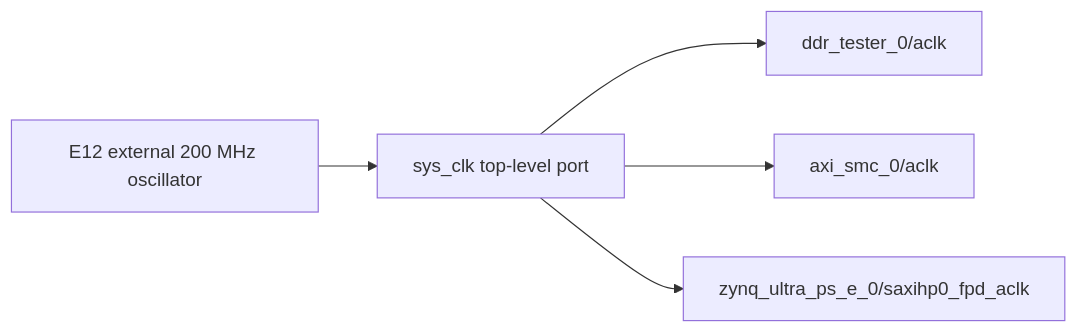
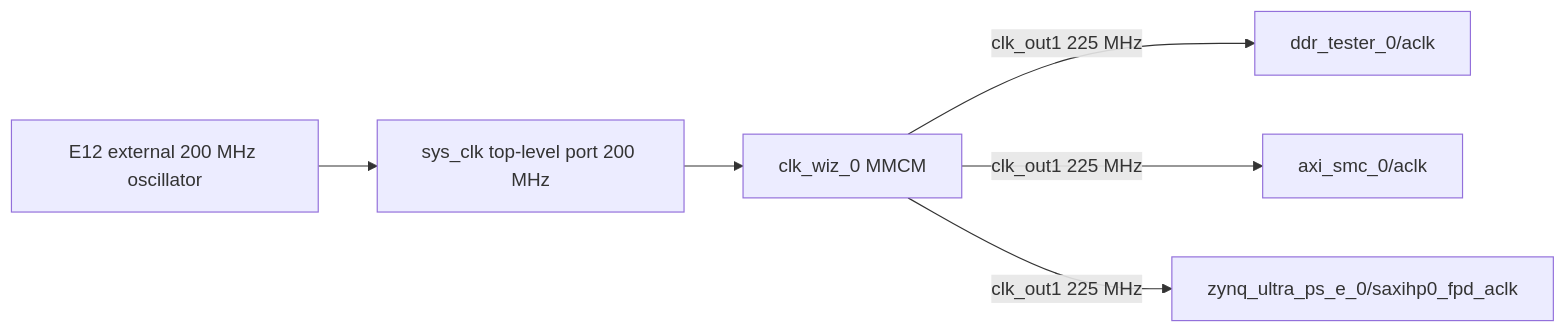
Before and after one commit to RESBI/ZU4EV-PL-to-PS-DDR-TEST: the third of 8 diagrams in README.md, drawn with Mermaid. The commit also changed other lines of this file and 7 other files, not shown here.

````diff
--- a/README.md
+++ b/README.md
@@ -464,7 +480,8 @@
 ```mermaid
 flowchart LR
-    Osc[E12 external 200 MHz oscillator] --> SysClk[sys_clk top-level port]
-    SysClk --> TesterClk[ddr_tester_0/aclk]
-    SysClk --> SmcClk[axi_smc_0/aclk]
-    SysClk --> HpClk[zynq_ultra_ps_e_0/saxihp0_fpd_aclk]
+    Osc[E12 external 200 MHz oscillator] --> SysClk[sys_clk top-level port 200 MHz]
+    SysClk --> Mmcm[clk_wiz_0 MMCM]
+    Mmcm -->|clk_out1 225 MHz| TesterClk[ddr_tester_0/aclk]
+    Mmcm -->|clk_out1 225 MHz| SmcClk[axi_smc_0/aclk]
+    Mmcm -->|clk_out1 225 MHz| HpClk[zynq_ultra_ps_e_0/saxihp0_fpd_aclk]
 ```
````
